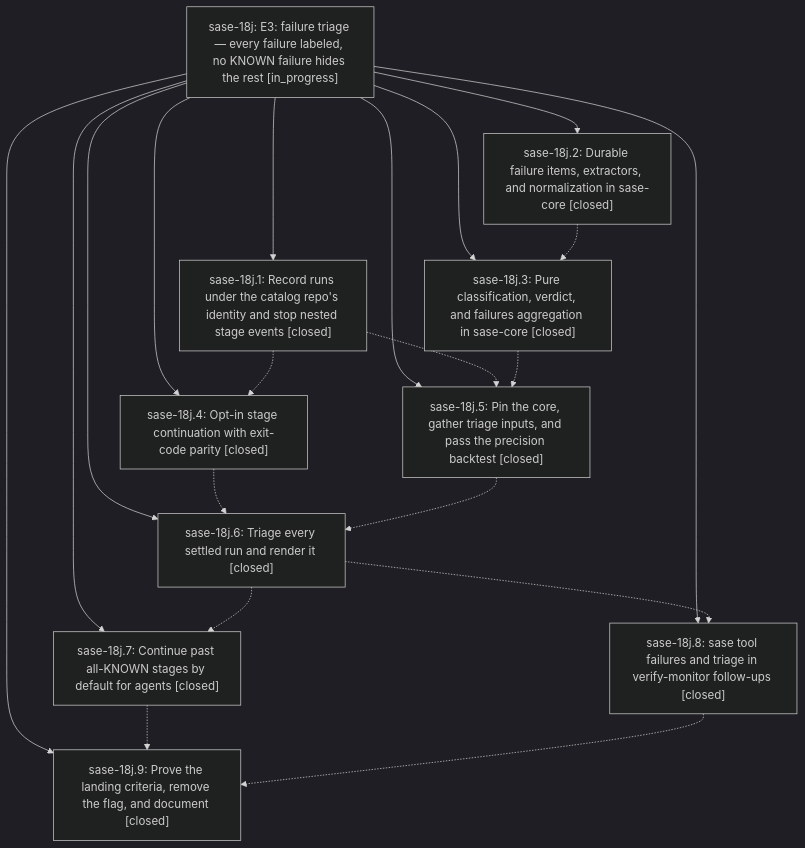
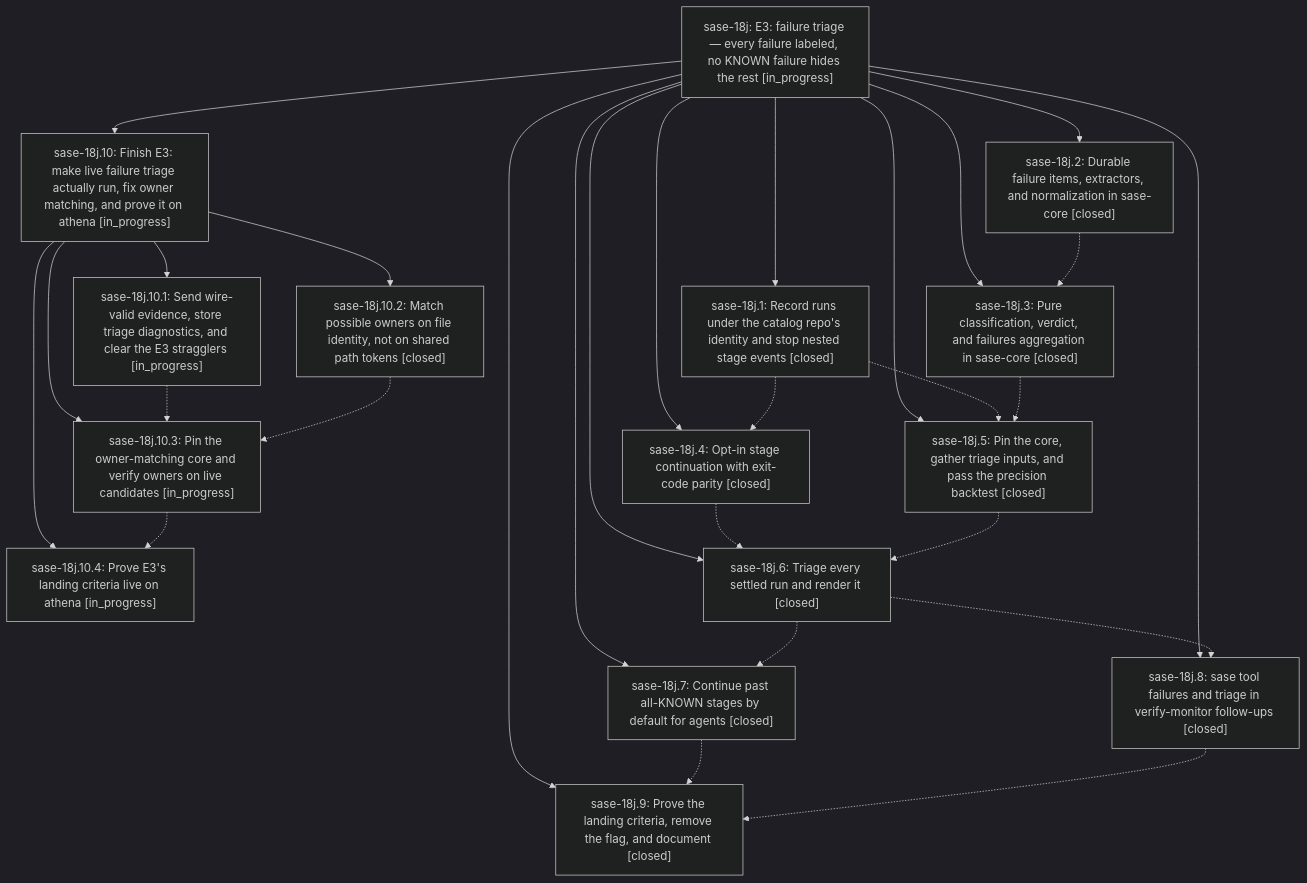
The diagram in pages/sase-18j/README.md (sase-org/sase--beads), drawn with Mermaid (dark theme) before and after one commit. The commit also changed other lines of this file and 14 other files, not shown here.

````diff
--- a/pages/sase-18j/README.md
+++ b/pages/sase-18j/README.md
@@ -42,32 +80,45 @@
 ```mermaid
 flowchart TD
     n0["sase-18j: E3: failure triage — every failure labeled, no KNOWN failure hides the rest [in_progress]"]
     n1["sase-18j.1: Record runs under the catalog repo's identity and stop nested stage events [closed]"]
-    n2["sase-18j.2: Durable failure items, extractors, and normalization in sase-core [closed]"]
-    n3["sase-18j.3: Pure classification, verdict, and failures aggregation in sase-core [closed]"]
-    n4["sase-18j.4: Opt-in stage continuation with exit-code parity [closed]"]
-    n5["sase-18j.5: Pin the core, gather triage inputs, and pass the precision backtest [closed]"]
-    n6["sase-18j.6: Triage every settled run and render it [closed]"]
-    n7["sase-18j.7: Continue past all-KNOWN stages by default for agents [closed]"]
-    n8["sase-18j.8: sase tool failures and triage in verify-monitor follow-ups [closed]"]
-    n9["sase-18j.9: Prove the landing criteria, remove the flag, and document [closed]"]
+    n2["sase-18j.10: Finish E3: make live failure triage actually run, fix owner matching, and prove it on athena [in_progress]"]
+    n3["sase-18j.10.1: Send wire-valid evidence, store triage diagnostics, and clear the E3 stragglers [in_progress]"]
+    n4["sase-18j.10.2: Match possible owners on file identity, not on shared path tokens [closed]"]
+    n5["sase-18j.10.3: Pin the owner-matching core and verify owners on live candidates [in_progress]"]
+    n6["sase-18j.10.4: Prove E3's landing criteria live on athena [in_progress]"]
+    n7["sase-18j.2: Durable failure items, extractors, and normalization in sase-core [closed]"]
+    n8["sase-18j.3: Pure classification, verdict, and failures aggregation in sase-core [closed]"]
+    n9["sase-18j.4: Opt-in stage continuation with exit-code parity [closed]"]
+    n10["sase-18j.5: Pin the core, gather triage inputs, and pass the precision backtest [closed]"]
+    n11["sase-18j.6: Triage every settled run and render it [closed]"]
+    n12["sase-18j.7: Continue past all-KNOWN stages by default for agents [closed]"]
+    n13["sase-18j.8: sase tool failures and triage in verify-monitor follow-ups [closed]"]
+    n14["sase-18j.9: Prove the landing criteria, remove the flag, and document [closed]"]
     n0 --> n1
     n0 --> n2
-    n0 --> n3
-    n0 --> n4
-    n0 --> n5
-    n0 --> n6
+    n2 --> n3
+    n2 --> n4
+    n2 --> n5
+    n2 --> n6
     n0 --> n7
     n0 --> n8
     n0 --> n9
-    n1 -.-> n4
-    n1 -.-> n5
-    n2 -.-> n3
+    n0 --> n10
+    n0 --> n11
+    n0 --> n12
+    n0 --> n13
+    n0 --> n14
+    n1 -.-> n9
+    n1 -.-> n10
     n3 -.-> n5
-    n4 -.-> n6
+    n4 -.-> n5
     n5 -.-> n6
-    n6 -.-> n7
-    n6 -.-> n8
-    n7 -.-> n9
-    n8 -.-> n9
+    n7 -.-> n8
+    n8 -.-> n10
+    n9 -.-> n11
+    n10 -.-> n11
+    n11 -.-> n12
+    n11 -.-> n13
+    n12 -.-> n14
+    n13 -.-> n14
 ```
````
